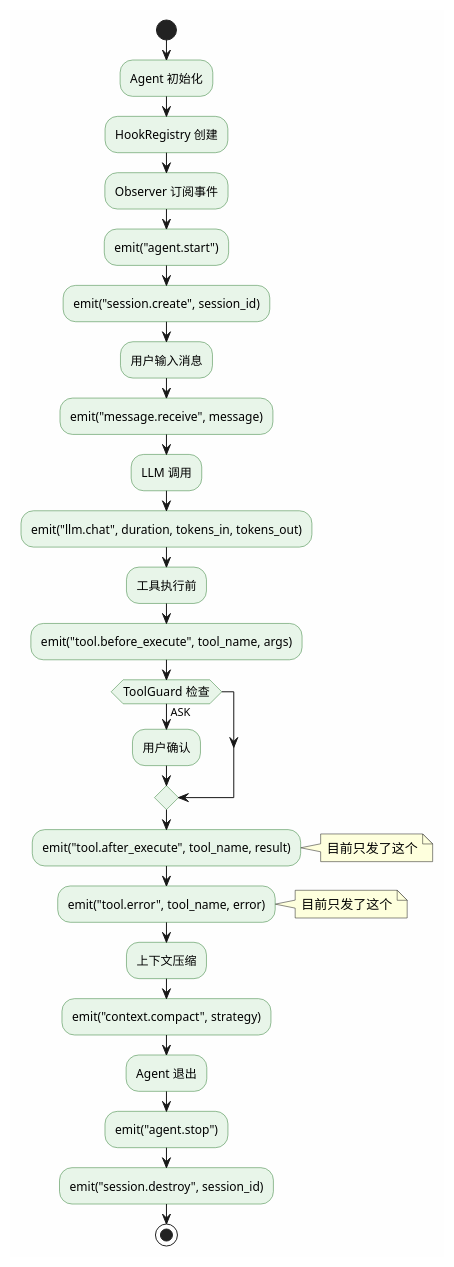
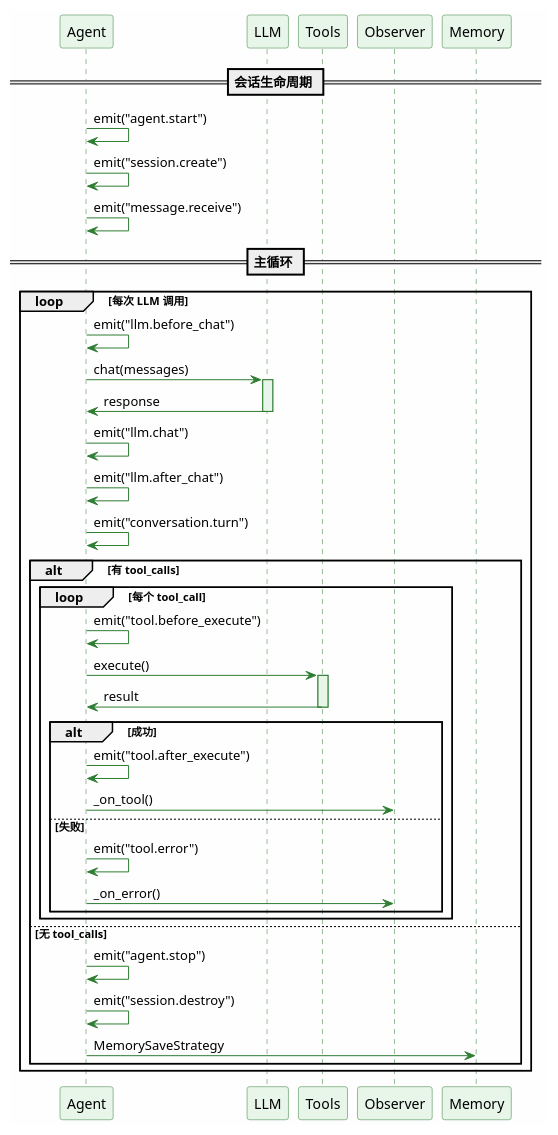
One commit to XiongDaowen/merco changed the seventh of 12 diagrams in docs/project-vision/references/architecture.md. Above: the diagram before and after it, drawn with PlantUML. The commit also changed other lines of this file, not shown here.

Commit message:
docs: complete architecture.md overhaul with PlantUML diagrams

````diff
--- a/docs/project-vision/references/architecture.md
+++ b/docs/project-vision/references/architecture.md
@@ -221,48 +807,71 @@
 ```plantuml
 @startuml
 skinparam backgroundColor #FEFEFE
-skinparam activity {
-  BackgroundColor #E8F5E9
-  BorderColor #2E7D32
-  FontSize 12
+skinparam sequence {
+  ArrowColor #2E7D32
+  LifeLineBorderColor #2E7D32
+  LifeLineBackgroundColor #E8F5E9
+  ParticipantBorderColor #2E7D32
+  ParticipantBackgroundColor #E8F5E9
 }
 
-start
+participant "Agent" as A
+participant "LLM" as L
+participant "Tools" as T
+participant "Observer" as O
+participant "Memory" as M
 
-:Agent 初始化;
-:HookRegistry 创建;
-:Observer 订阅事件;
+== 会话生命周期 ==
 
-:emit("agent.start");
-:emit("session.create", session_id);
+A -> A : emit("agent.start")
+A -> A : emit("session.create")
+A -> A : emit("message.receive")
 
-:用户输入消息;
-:emit("message.receive", message);
+== 主循环 ==
 
-:LLM 调用;
-:emit("llm.chat", duration, tokens_in, tokens_out);
+loop 每次 LLM 调用
 
-:工具执行前;
-:emit("tool.before_execute", tool_name, args);
+    A -> A : emit("llm.before_chat")
+    A -> L : chat(messages)
+    activate L
 
-if (ToolGuard 检查) then (ASK)
-  :用户确认;
-endif
+    L -> A : response
+    deactivate L
 
-:emit("tool.after_execute", tool_name, result);
-note right: 目前只发了这个
+    A -> A : emit("llm.chat")
+    A -> A : emit("llm.after_chat")
+    A -> A : emit("conversation.turn")
 
-:emit("tool.error", tool_name, error);
-note right: 目前只发了这个
+    alt 有 tool_calls
 
-:上下文压缩;
-:emit("context.compact", strategy);
+        loop 每个 tool_call
 
-:Agent 退出;
-:emit("agent.stop");
-:emit("session.destroy", session_id);
+            A -> A : emit("tool.before_execute")
+            A -> T : execute()
+            activate T
 
-stop
+            T -> A : result
+            deactivate T
+
+            alt 成功
+                A -> A : emit("tool.after_execute")
+                A -> O : _on_tool()
+            else 失败
+                A -> A : emit("tool.error")
+                A -> O : _on_error()
+            end
+
+        end
+
+    else 无 tool_calls
+
+        A -> A : emit("agent.stop")
+        A -> A : emit("session.destroy")
+        A -> M : MemorySaveStrategy
+
+    end
+
+end
 
 @enduml
 ```
````
